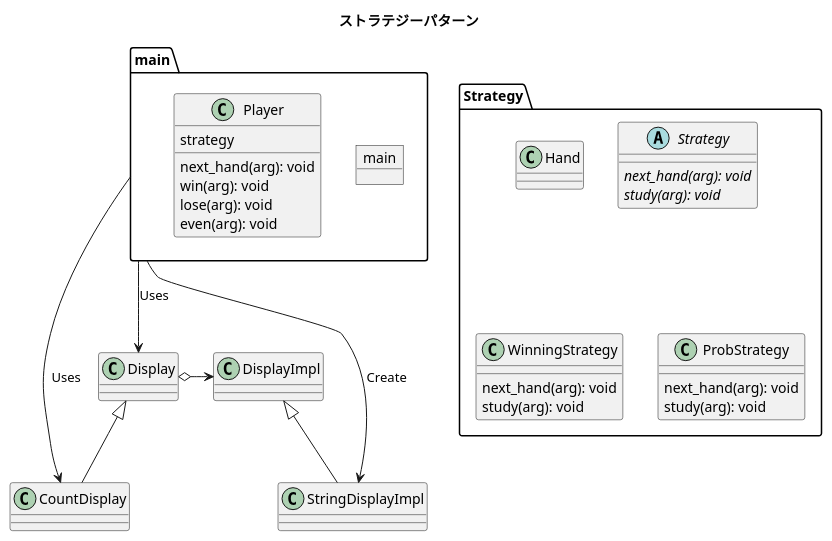
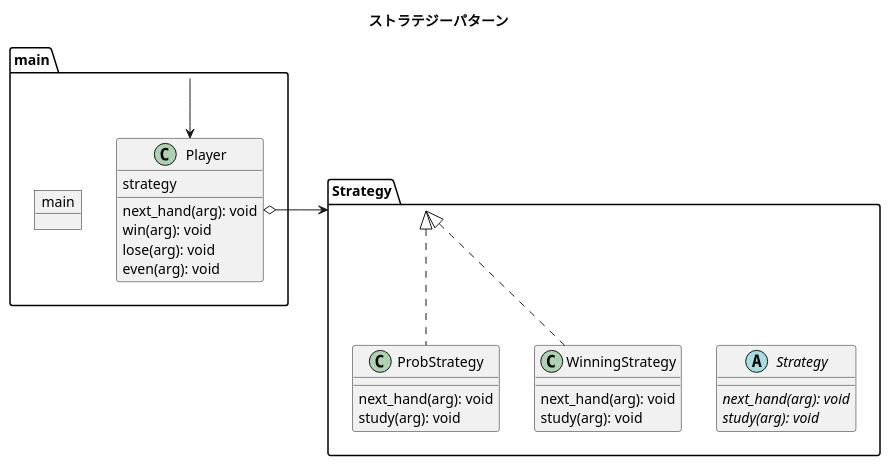
The diagram in 10_strategy/strategy.pu (tanapiyo/design_pattern_with_python), drawn with PlantUML before and after one commit.

```diff
--- a/10_strategy/strategy.pu
+++ b/10_strategy/strategy.pu
@@ -1,45 +1,44 @@
 @startuml
 
 title ストラテジーパターン
 
 package main {
     object main {
     }
     class Player{
       strategy
       next_hand(arg): void
       win(arg): void
       lose(arg): void
       even(arg): void
     }
 }
 
 package Strategy {
     ' 3つのインスタンスだけシングルトンでもつ。VOってやつ？
-    class Hand{
+    ' class Hand{
 
-    }
+    ' }
     abstract Strategy {
         {abstract} next_hand(arg): void
         {abstract} study(arg): void
     }
 
     class WinningStrategy {
         next_hand(arg): void
         study(arg): void
     }
 
     class ProbStrategy {
         next_hand(arg): void
         study(arg): void
     }
 }
-    main --> Display : Uses
-    main -right-> CountDisplay : Uses
-    main --> StringDisplayImpl : Create
-    CountDisplay -up-|> Display
-    Display o-right-> DisplayImpl
-    StringDisplayImpl -up-|> DisplayImpl
+    main --> Player 
+    Player o-right-> Strategy
+    WinningStrategy .up.|> Strategy 
+    ProbStrategy .up.|> Strategy 
+    
     
 
 @enduml
```
